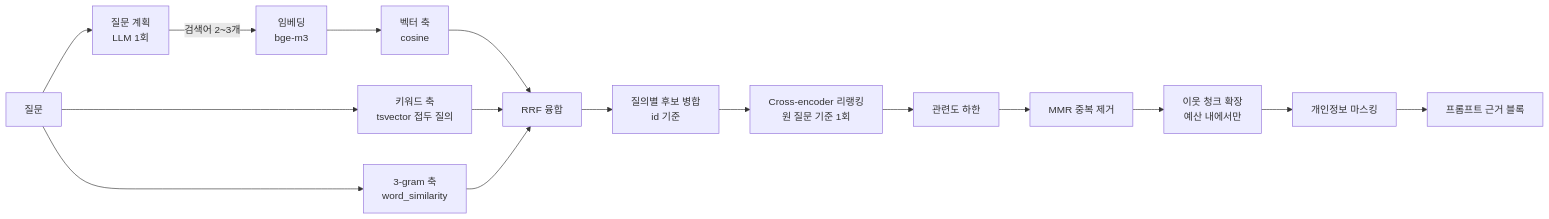
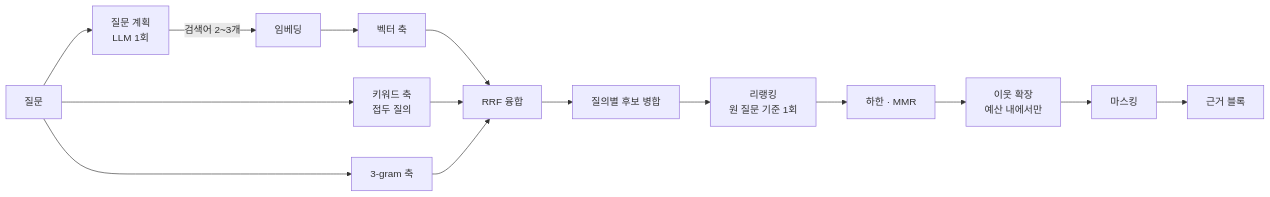
The third of 4 diagrams in README.md (ssyrc/AI-Infra-Assistant-pub), drawn with Mermaid before and after one commit. The commit also changed other lines of this file, not shown here.

````diff
--- a/README.md
+++ b/README.md
@@ -178,16 +154,15 @@
 ```mermaid
 flowchart LR
     Q["질문"] --> P["질문 계획<br/>LLM 1회"]
-    P -->|"검색어 2~3개"| E["임베딩<br/>bge-m3"]
-    E --> V["벡터 축<br/>cosine"]
-    Q --> K["키워드 축<br/>tsvector 접두 질의"]
-    Q --> T["3-gram 축<br/>word_similarity"]
+    P -->|"검색어 2~3개"| E["임베딩"]
+    E --> V["벡터 축"]
+    Q --> K["키워드 축<br/>접두 질의"]
+    Q --> T["3-gram 축"]
     V & K & T --> F["RRF 융합"]
-    F --> MG["질의별 후보 병합<br/>id 기준"]
-    MG --> RR["Cross-encoder 리랭킹<br/>원 질문 기준 1회"]
-    RR --> TH["관련도 하한"]
-    TH --> MMR["MMR 중복 제거"]
-    MMR --> NB["이웃 청크 확장<br/>예산 내에서만"]
-    NB --> PII["개인정보 마스킹"]
-    PII --> B["프롬프트 근거 블록"]
+    F --> MG["질의별 후보 병합"]
+    MG --> RR["리랭킹<br/>원 질문 기준 1회"]
+    RR --> MMR["하한 · MMR"]
+    MMR --> NB["이웃 확장<br/>예산 내에서만"]
+    NB --> PII["마스킹"]
+    PII --> B["근거 블록"]
 ```
````
